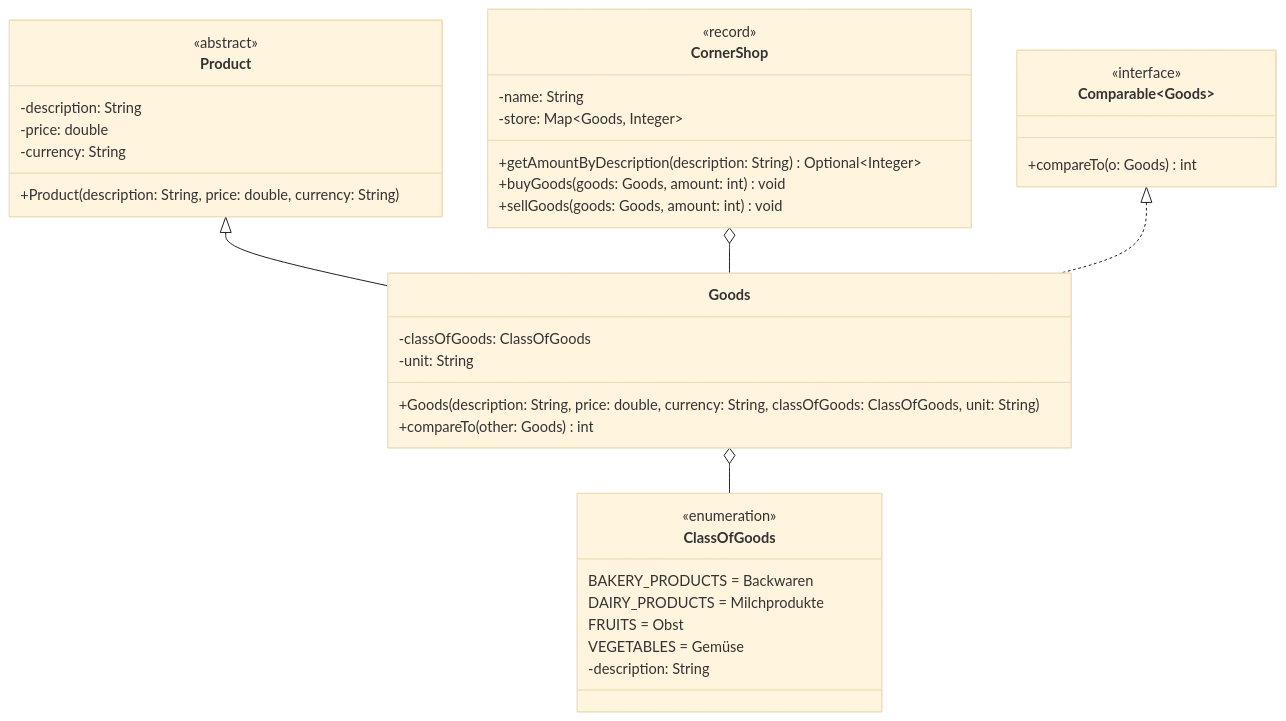
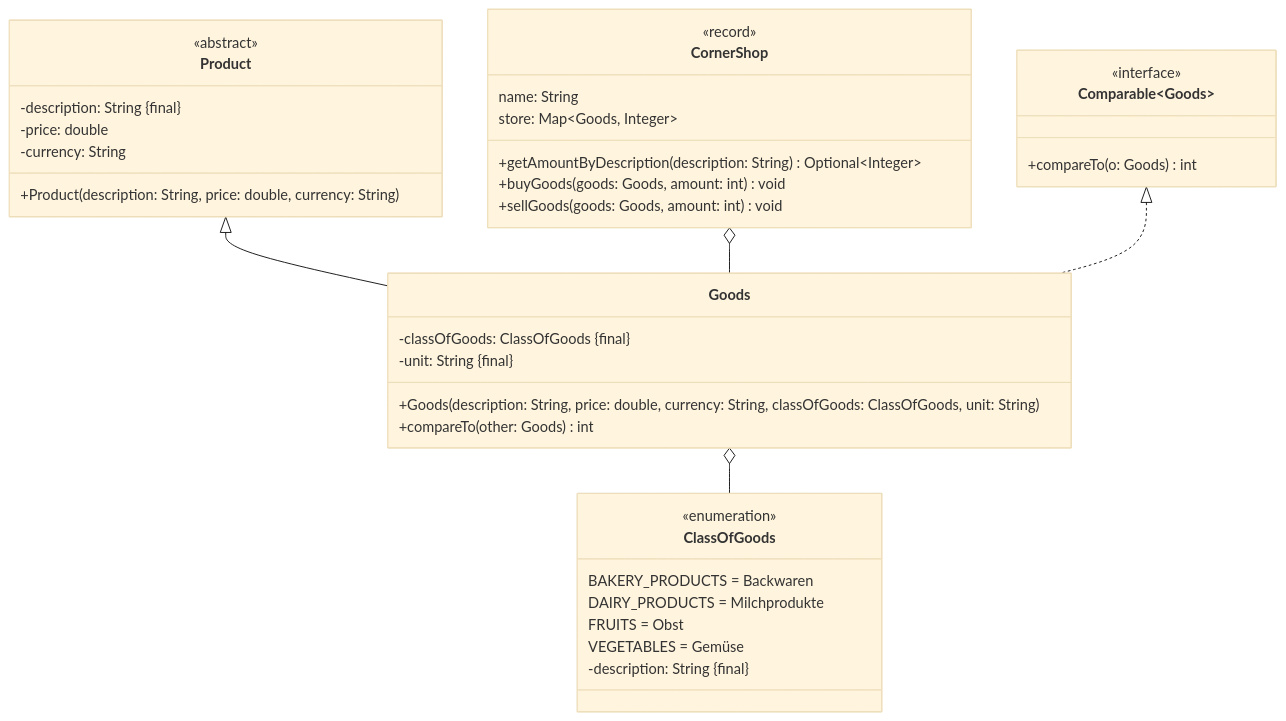
The diagram in docs/exam-exercises/exam-exercises-java2/corner-shop.md (jappuccini/java-docs), drawn with Mermaid (base theme) before and after one commit. The commit also changed 24 other files, not shown here.

````diff
--- a/docs/exam-exercises/exam-exercises-java2/corner-shop.md
+++ b/docs/exam-exercises/exam-exercises-java2/corner-shop.md
@@ -13,45 +13,45 @@
 ```mermaid
 classDiagram
     Product <|-- Goods
     CornerShop o-- Goods
     Comparable~Goods~ <|.. Goods
     Goods o-- ClassOfGoods
 
     class Product {
         <<abstract>>
-        -description: String
+        -description: String &#123final&#125
         -price: double
         -currency: String
         +Product(description: String, price: double, currency: String)
     }
 
     class Goods {
-        -classOfGoods: ClassOfGoods
-        -unit: String
+        -classOfGoods: ClassOfGoods &#123final&#125
+        -unit: String &#123final&#125
         +Goods(description: String, price: double, currency: String, classOfGoods: ClassOfGoods, unit: String)
         +compareTo(other: Goods) int
     }
 
     class Comparable~Goods~ {
         <<interface>>
         +compareTo(o: Goods) int
     }
 
     class CornerShop {
         <<record>>
-        -name: String
-        -store: Map~Goods, Integer~
+        name: String
+        store: Map~Goods, Integer~
         +getAmountByDescription(description: String) Optional~Integer~
         +buyGoods(goods: Goods, amount: int) void
         +sellGoods(goods: Goods, amount: int) void
     }
 
     class ClassOfGoods {
         <<enumeration>>
         BAKERY_PRODUCTS = Backwaren
         DAIRY_PRODUCTS = Milchprodukte
         FRUITS = Obst
         VEGETABLES = Gemüse
-        -description: String
+        -description: String &#123final&#125
     }
 ```
````
